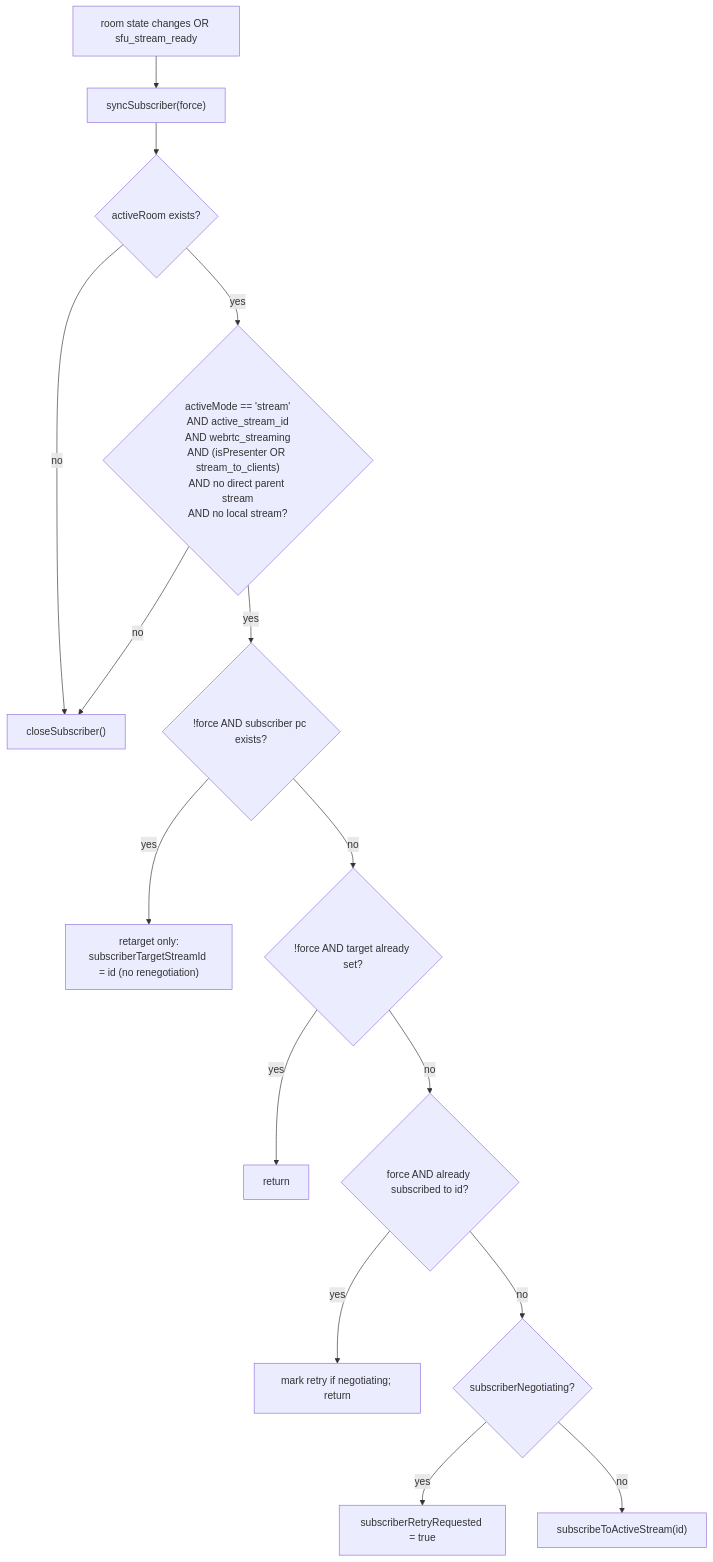
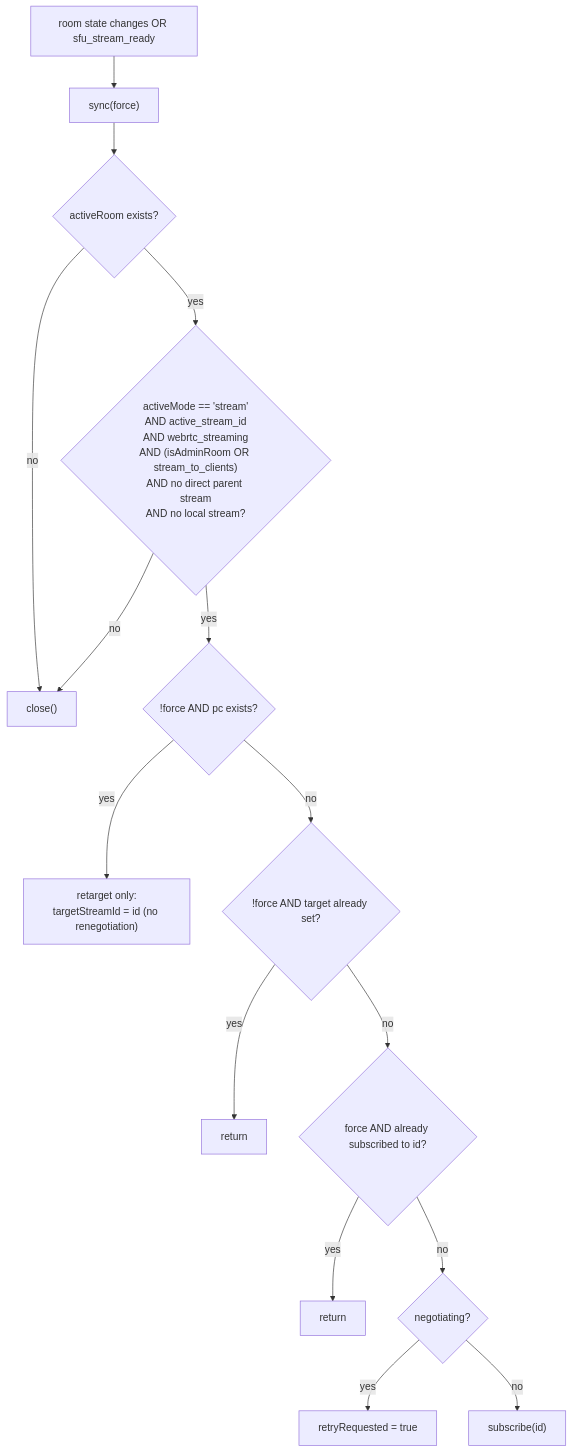
Before and after one commit to SmBe19/spark: the fifth of 6 diagrams in docs/webrtc.md, drawn with Mermaid. The commit also changed other lines of this file and 17 other files, not shown here.

````diff
--- a/docs/webrtc.md
+++ b/docs/webrtc.md
@@ -208,17 +211,17 @@
 ```mermaid
 flowchart TD
-  A["room state changes OR sfu_stream_ready"] --> B["syncSubscriber(force)"]
+  A["room state changes OR sfu_stream_ready"] --> B["sync(force)"]
   B --> C{"activeRoom exists?"}
-  C -- no --> Z["closeSubscriber()"]
-  C -- yes --> D{"activeMode == 'stream'<br/>AND active_stream_id<br/>AND webrtc_streaming<br/>AND (isPresenter OR stream_to_clients)<br/>AND no direct parent stream<br/>AND no local stream?"}
+  C -- no --> Z["close()"]
+  C -- yes --> D{"activeMode == 'stream'<br/>AND active_stream_id<br/>AND webrtc_streaming<br/>AND (isAdminRoom OR stream_to_clients)<br/>AND no direct parent stream<br/>AND no local stream?"}
   D -- no --> Z
-  D -- yes --> E{"!force AND subscriber pc exists?"}
-  E -- yes --> F["retarget only:<br/>subscriberTargetStreamId = id (no renegotiation)"]
+  D -- yes --> E{"!force AND pc exists?"}
+  E -- yes --> F["retarget only:<br/>targetStreamId = id (no renegotiation)"]
   E -- no --> G{"!force AND target already set?"}
   G -- yes --> H["return"]
   G -- no --> I{"force AND already subscribed to id?"}
-  I -- yes --> J["mark retry if negotiating; return"]
-  I -- no --> K{"subscriberNegotiating?"}
-  K -- yes --> L["subscriberRetryRequested = true"]
-  K -- no --> M["subscribeToActiveStream(id)"]
+  I -- yes --> J["return"]
+  I -- no --> K{"negotiating?"}
+  K -- yes --> L["retryRequested = true"]
+  K -- no --> M["subscribe(id)"]
 ```
````
